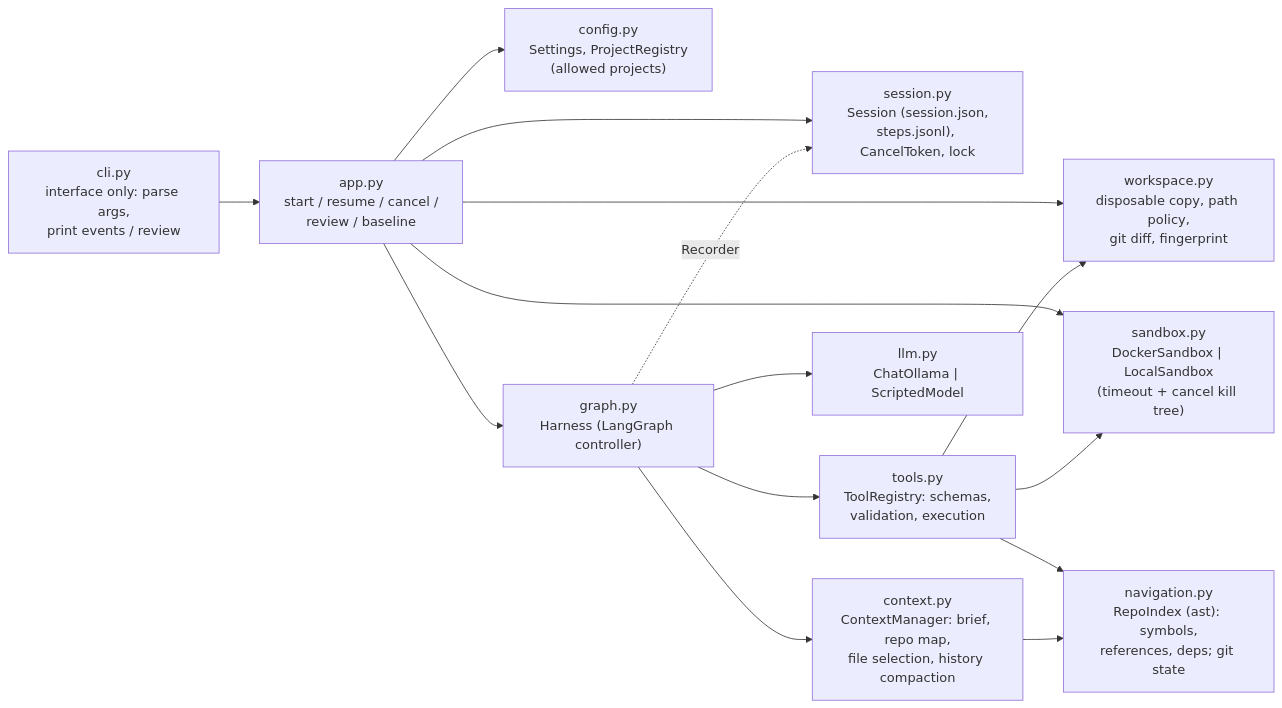
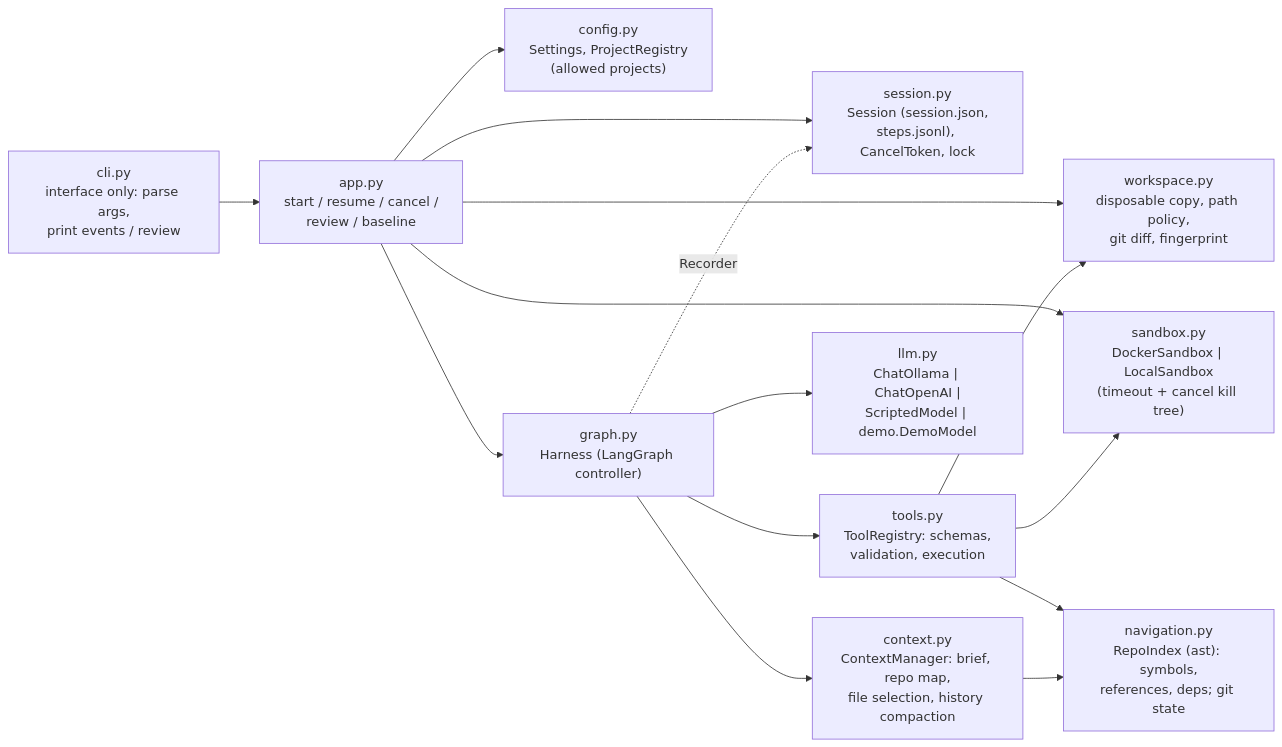
Before and after one commit to tho-ple/MSE-AI-Coding-Agent: the first of 2 diagrams in README.md, drawn with Mermaid. The commit also changed other lines of this file and 56 other files, not shown here.

First line of the commit message:
Reviewer quick test: model-free demo, target as pinned submodule, POSIX setup

````diff
--- a/README.md
+++ b/README.md
@@ -83,17 +148,17 @@
 ```mermaid
 flowchart LR
     CLI["cli.py<br/>interface only: parse args,<br/>print events / review"] --> App["app.py<br/>start / resume / cancel /<br/>review / baseline"]
     App --> REG["config.py<br/>Settings, ProjectRegistry<br/>(allowed projects)"]
     App --> SES["session.py<br/>Session (session.json,<br/>steps.jsonl), CancelToken, lock"]
     App --> WS["workspace.py<br/>disposable copy, path policy,<br/>git diff, fingerprint"]
     App --> SB["sandbox.py<br/>DockerSandbox | LocalSandbox<br/>(timeout + cancel kill tree)"]
     App --> G["graph.py<br/>Harness (LangGraph controller)"]
     G --> CTX["context.py<br/>ContextManager: brief, repo map,<br/>file selection, history compaction"]
     G --> TR["tools.py<br/>ToolRegistry: schemas,<br/>validation, execution"]
-    G --> LLM["llm.py<br/>ChatOllama | ScriptedModel"]
+    G --> LLM["llm.py<br/>ChatOllama | ChatOpenAI |<br/>ScriptedModel | demo.DemoModel"]
     G -. Recorder .-> SES
     TR --> NAV["navigation.py<br/>RepoIndex (ast): symbols,<br/>references, deps; git state"]
     CTX --> NAV
     TR --> WS
     TR --> SB
 ```
````
